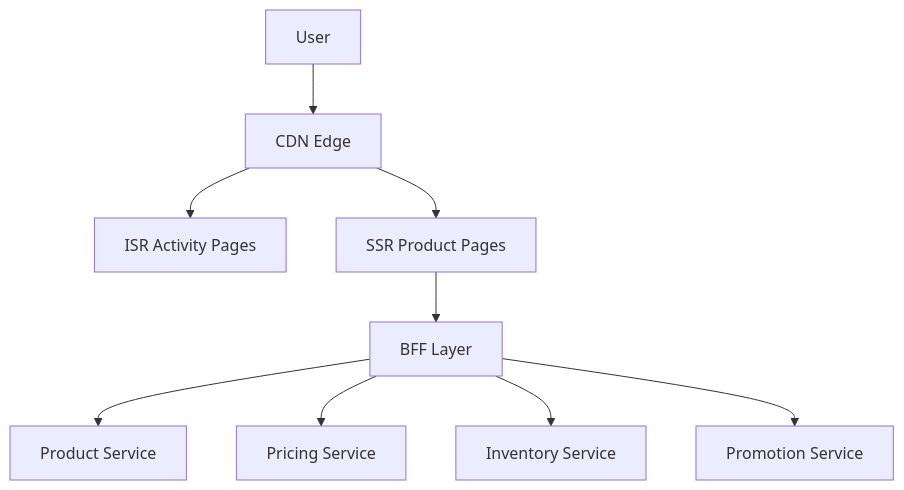
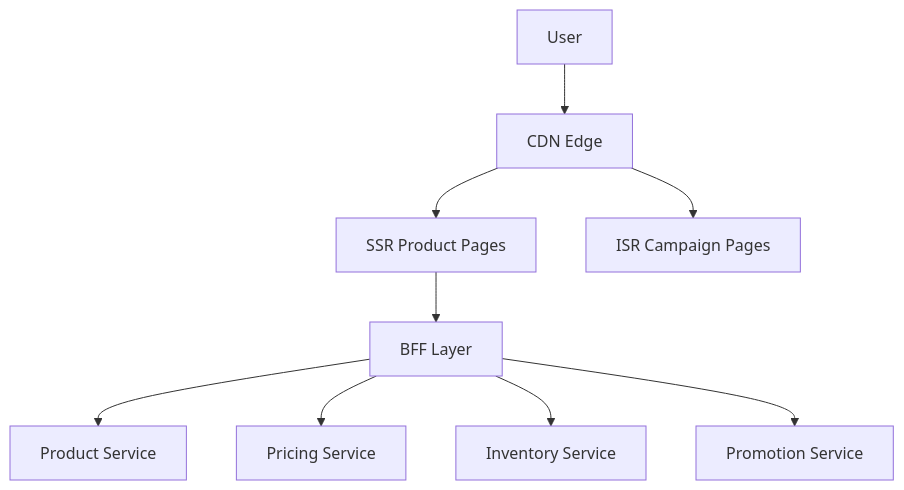
Before and after one commit to ShackArbeit/Momo_Interview: the fourth of 7 diagrams in share_module.md, drawn with Mermaid. The commit also changed other lines of this file, not shown here.

````diff
--- a/share_module.md
+++ b/share_module.md
@@ -83,17 +75,17 @@
 ```mermaid
 flowchart TB
 
-USER[User]
+USER["User"]
 
-USER --> CDN[CDN Edge]
+USER --> CDN["CDN Edge"]
 
-CDN --> ISR[ISR Activity Pages]
-CDN --> SSR[SSR Product Pages]
+CDN --> SSR["SSR Product Pages"]
+CDN --> ISR["ISR Campaign Pages"]
 
-SSR --> BFF[BFF Layer]
+SSR --> BFF["BFF Layer"]
 
-BFF --> PRODUCT[Product Service]
-BFF --> PRICE[Pricing Service]
-BFF --> INVENTORY[Inventory Service]
-BFF --> PROMOTION[Promotion Service]
+BFF --> PRODUCT["Product Service"]
+BFF --> PRICE["Pricing Service"]
+BFF --> INVENTORY["Inventory Service"]
+BFF --> PROMOTION["Promotion Service"]
 ```
````
